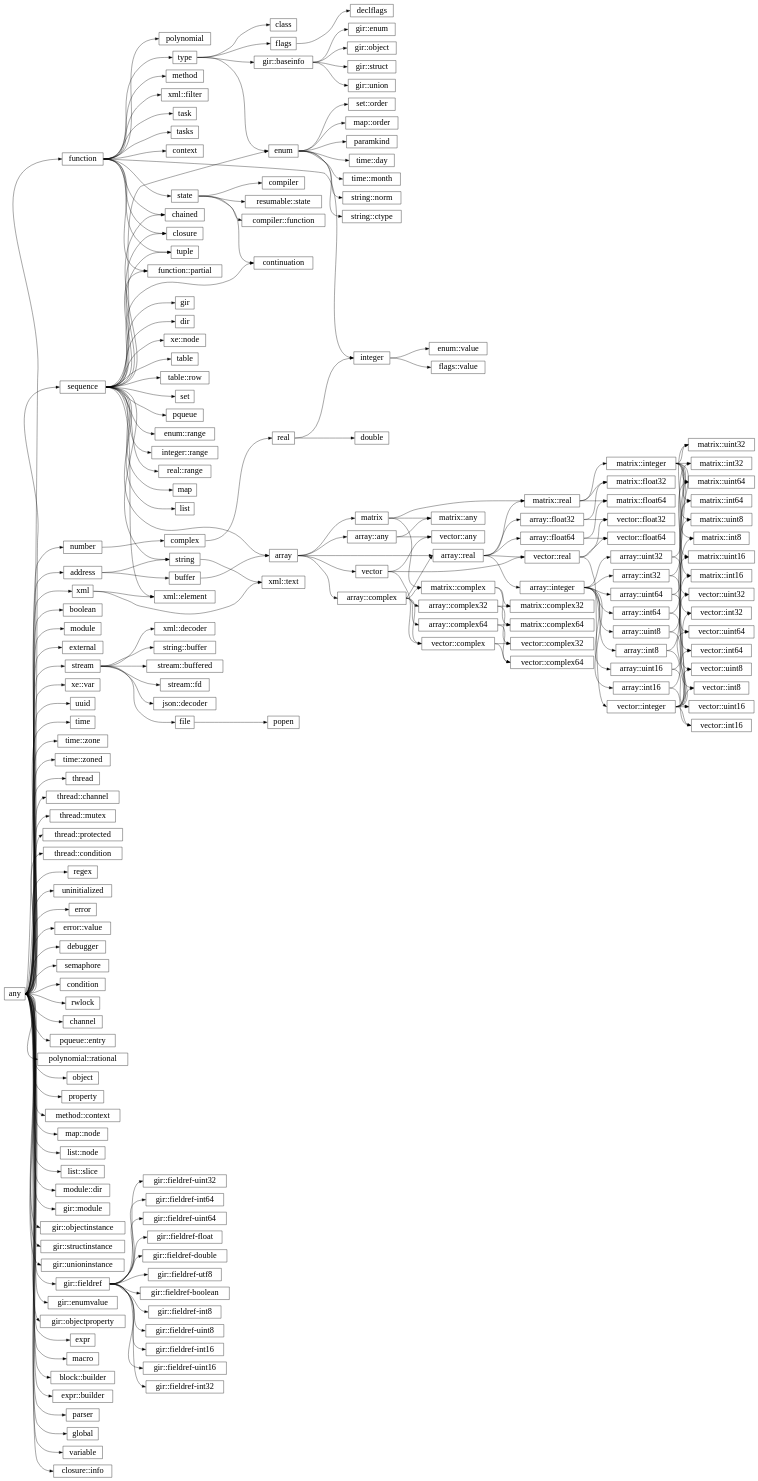
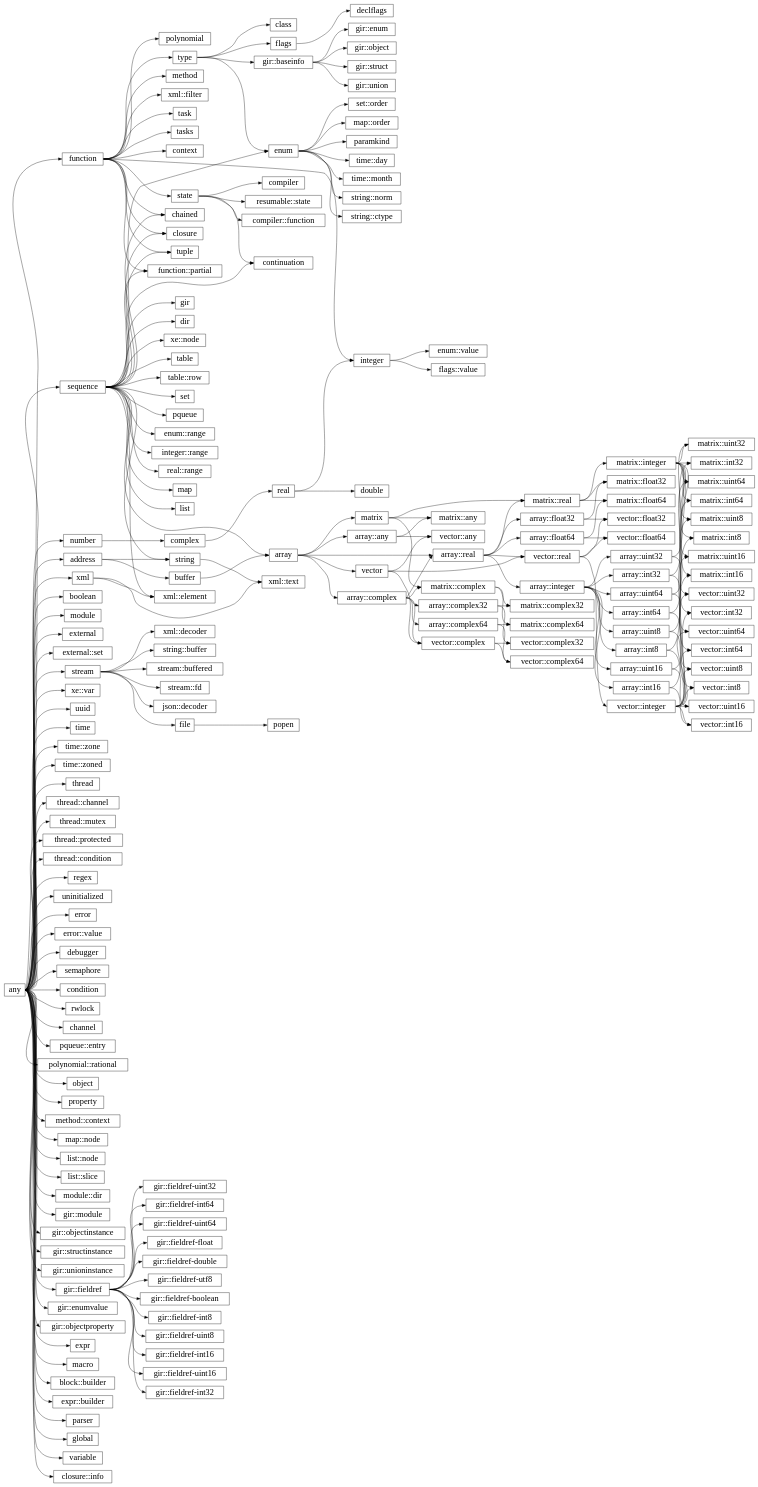
One commit to wrapl/minilang changed the diagram in docs/library/hierarchy.rst. Above: the diagram before and after it, drawn with Graphviz. The commit also changed 18 other files, not shown here.

```diff
--- a/docs/library/hierarchy.rst
+++ b/docs/library/hierarchy.rst
@@ -22,6 +22,7 @@
       "any":e -> "boolean":w;
       "any":e -> "module":w;
       "any":e -> "external":w;
+      "any":e -> "external::set":w;
       "any":e -> "xml":w;
       "xml":e -> "xml::text":w;
       "string":e -> "xml::text":w;
```
